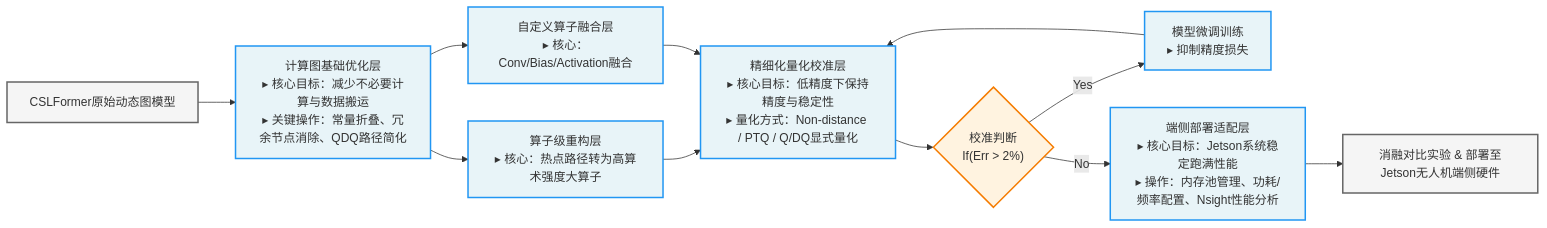
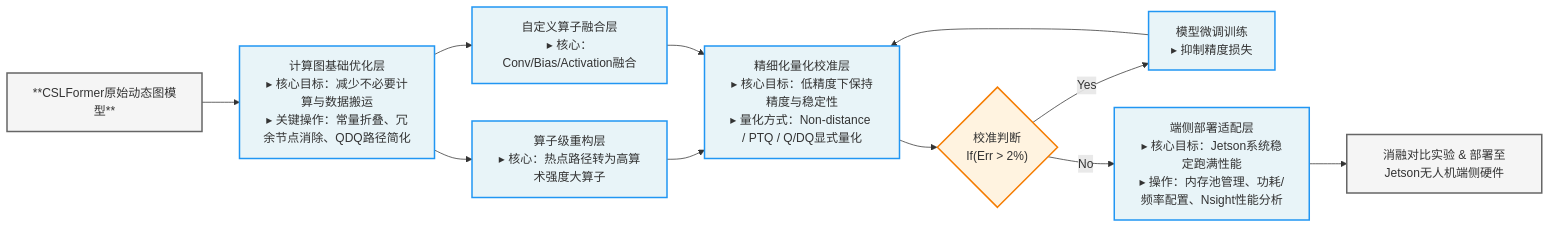
One commit to leoda1/Obnotes changed the diagram in content/Z-Essays/Graduation Thesis/流程图.md. Above: the diagram before and after it, drawn with Mermaid. The commit also changed 10 other files, not shown here.

````diff
--- a/content/Z-Essays/Graduation Thesis/流程图.md
+++ b/content/Z-Essays/Graduation Thesis/流程图.md
@@ -4,28 +4,28 @@
 ```mermaid
 graph LR
     %% 样式定义
     classDef coreLayer fill:#e8f4f8,stroke:#2196f3,stroke-width:2px;
     classDef condLayer fill:#fff3e0,stroke:#f57c00,stroke-width:2px;
     classDef feedbackLayer fill:#fdf2f8,stroke:#e91e63,stroke-width:2px;
     classDef startEnd fill:#f5f5f5,stroke:#666,stroke-width:2px;
 
     %% 起始节点
-    Start["CSLFormer原始动态图模型"]:::startEnd --> A
+    Start["**CSLFormer原始动态图模型**"]:::startEnd --> A
 
     %% 并行算子优化层
     A["计算图基础优化层<br/>▸ 核心目标：减少不必要计算与数据搬运<br/>▸ 关键操作：常量折叠、冗余节点消除、QDQ路径简化"]:::coreLayer
     A --> B1["算子级重构层<br/>▸ 核心：热点路径转为高算术强度大算子<br/>"]:::coreLayer
     A --> B2["自定义算子融合层<br/>▸ 核心：Conv/Bias/Activation融合<br/>"]:::coreLayer
 
     %% 量化校准层（包含三种量化方式）
     B1 & B2 --> C["精细化量化校准层<br/>▸ 核心目标：低精度下保持精度与稳定性<br/>▸ 量化方式：Non-distance / PTQ / Q/DQ显式量化"]:::coreLayer
 
     %% 校准条件判断
     C --> Calib{"校准判断<br/>If(Err > 2%)"}:::condLayer
     Calib -->|Yes| FineTune["模型微调训练<br/>▸ 抑制精度损失"]:::coreLayer
     Calib -->|No| D["端侧部署适配层<br/>▸ 核心目标：Jetson系统稳定跑满性能<br/>▸ 操作：内存池管理、功耗/频率配置、Nsight性能分析"]:::coreLayer
     FineTune --> C
 
     %% 端侧部署与消融实验
     D --> End["消融对比实验 & 部署至Jetson无人机端侧硬件"]:::startEnd
 ```
````
